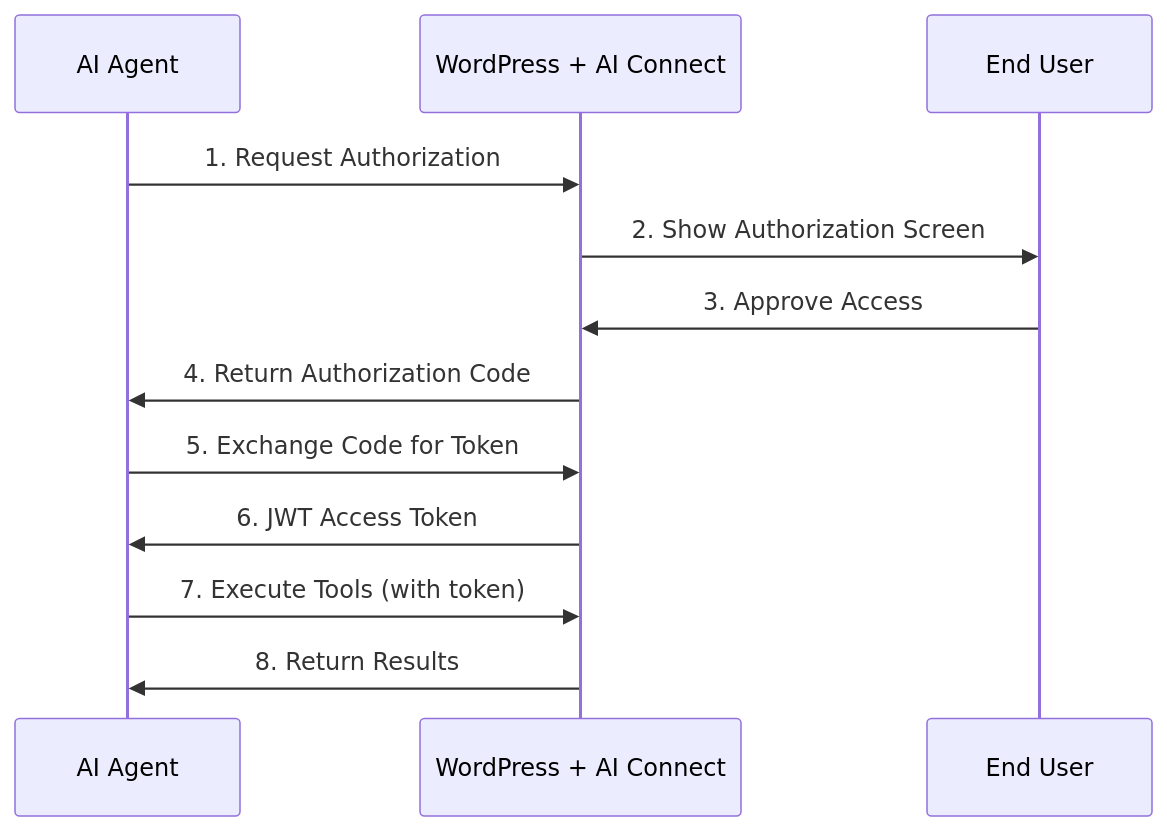
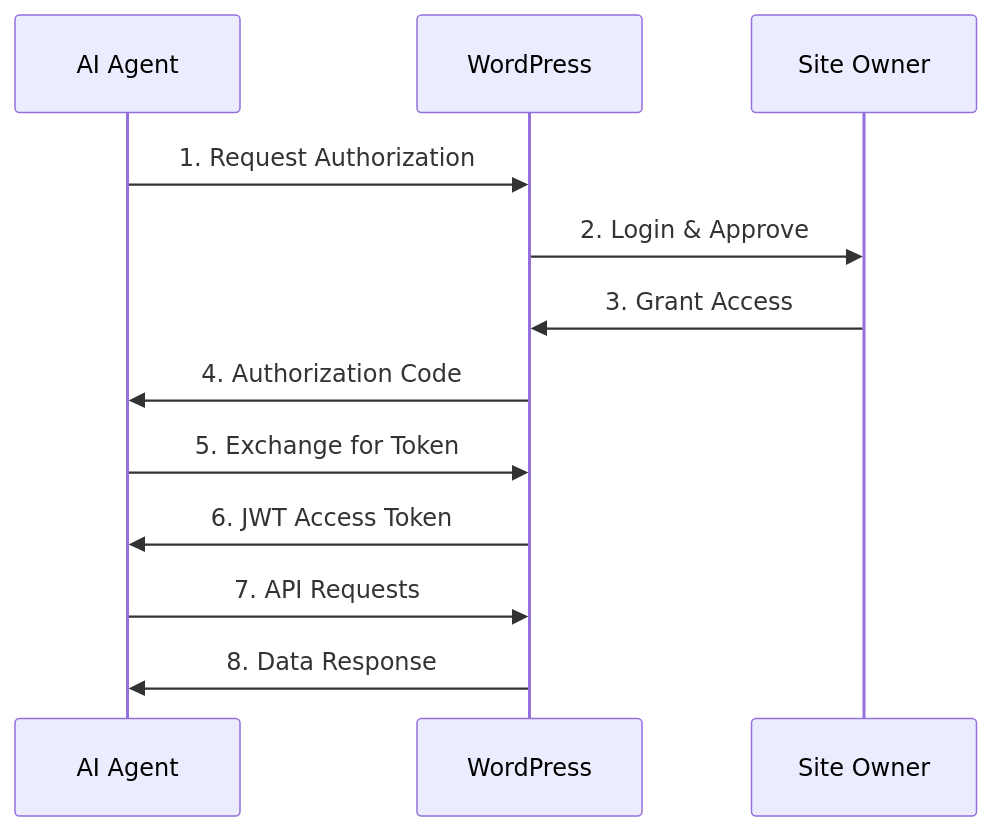
One commit to chgold/wp-ai-connect changed the diagram in README.md. Above: the diagram before and after it, drawn with Mermaid. The commit also changed other lines of this file and 1 other file, not shown here.

````diff
--- a/README.md
+++ b/README.md
@@ -35,15 +137,15 @@
 ```mermaid
 sequenceDiagram
     participant AI as AI Agent
-    participant WP as WordPress + AI Connect
-    participant User as End User
+    participant WP as WordPress
+    participant User as Site Owner
     
     AI->>WP: 1. Request Authorization
-    WP->>User: 2. Show Authorization Screen
-    User->>WP: 3. Approve Access
-    WP->>AI: 4. Return Authorization Code
-    AI->>WP: 5. Exchange Code for Token
+    WP->>User: 2. Login & Approve
+    User->>WP: 3. Grant Access
+    WP->>AI: 4. Authorization Code
+    AI->>WP: 5. Exchange for Token
     WP->>AI: 6. JWT Access Token
-    AI->>WP: 7. Execute Tools (with token)
-    WP->>AI: 8. Return Results
+    AI->>WP: 7. API Requests
+    WP->>AI: 8. Data Response
 ```
````
